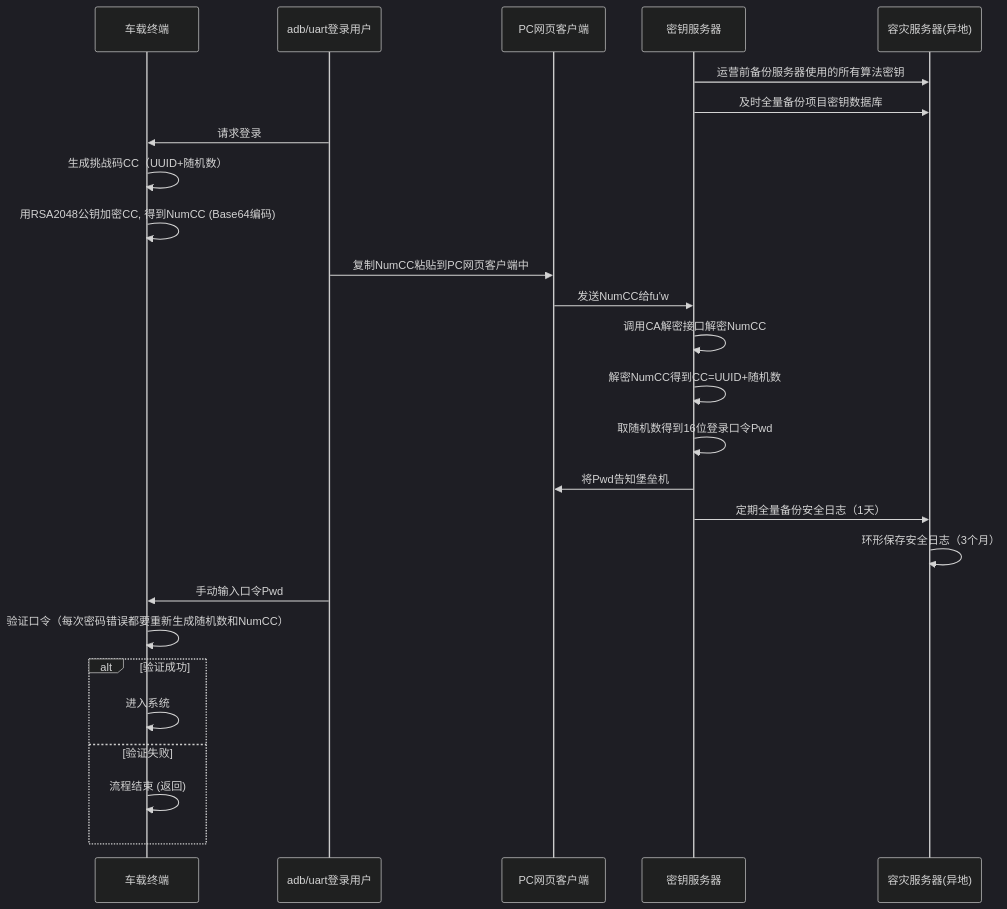
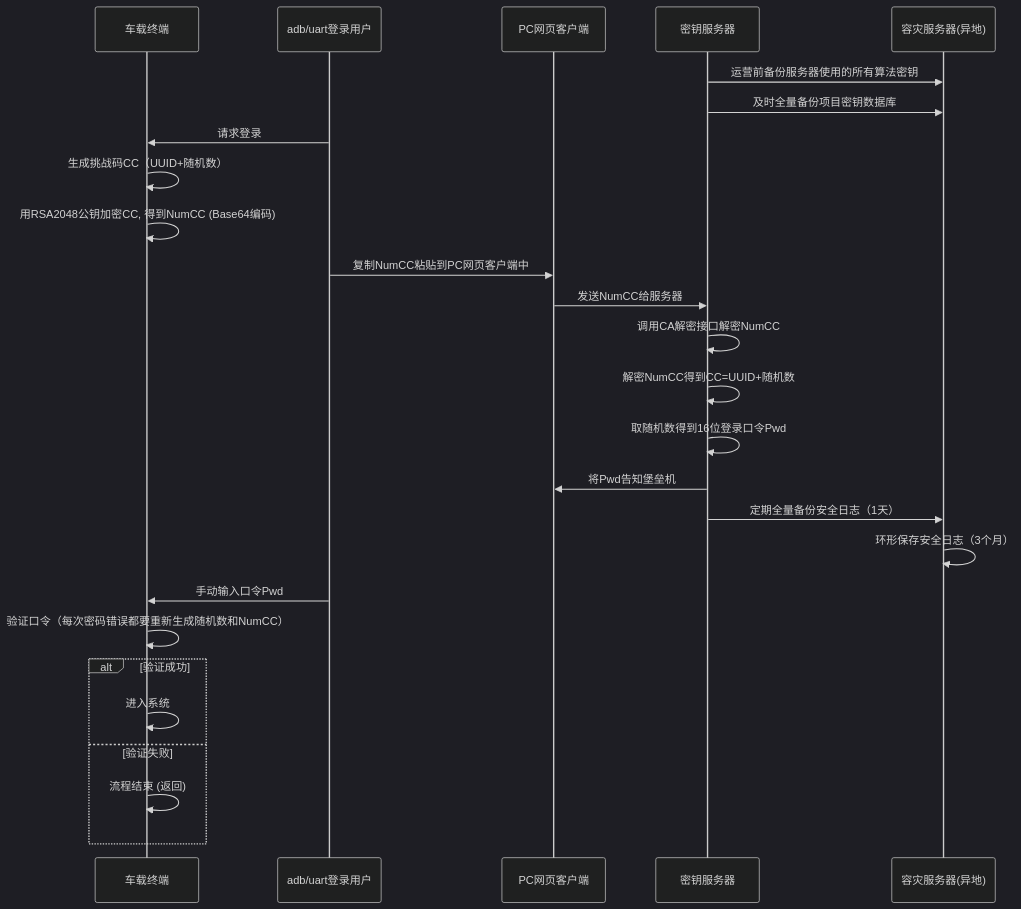
One commit to facebook-cloud/iodraw-files changed the diagram in all/未命名-19.md. Above: the diagram before and after it, drawn with Mermaid (dark theme).

Commit message:
2026-03-17 19:22:38 update

````diff
--- a/all/未命名-19.md
+++ b/all/未命名-19.md
@@ -1,33 +1,33 @@
 ```mermaid
 sequenceDiagram
     participant tbox as 车载终端
     participant user as adb/uart登录用户
     participant pc as PC网页客户端
     participant tech_center as 密钥服务器
     participant backup as 容灾服务器(异地)
   
     tech_center->>backup: 运营前备份服务器使用的所有算法密钥
     tech_center->>backup: 及时全量备份项目密钥数据库
 
     user->>tbox: 请求登录
     tbox->>tbox: 生成挑战码CC（UUID+随机数）
     tbox->>tbox: 用RSA2048公钥加密CC, 得到NumCC (Base64编码)
     user->>pc: 复制NumCC粘贴到PC网页客户端中
-    pc->>tech_center: 发送NumCC给fu'w
+    pc->>tech_center: 发送NumCC给服务器
     tech_center->>tech_center: 调用CA解密接口解密NumCC
     tech_center->>tech_center: 解密NumCC得到CC=UUID+随机数
     tech_center->>tech_center: 取随机数得到16位登录口令Pwd
     tech_center->>pc: 将Pwd告知堡垒机
 
     tech_center->>backup: 定期全量备份安全日志（1天）
     backup->>backup: 环形保存安全日志（3个月）
     user->>tbox: 手动输入口令Pwd
     tbox->>tbox: 验证口令（每次密码错误都要重新生成随机数和NumCC）
     alt 验证成功
         tbox->>tbox: 进入系统
     else 验证失败
         tbox->>tbox: 流程结束 (返回)
     end
 
 
 ```
````
